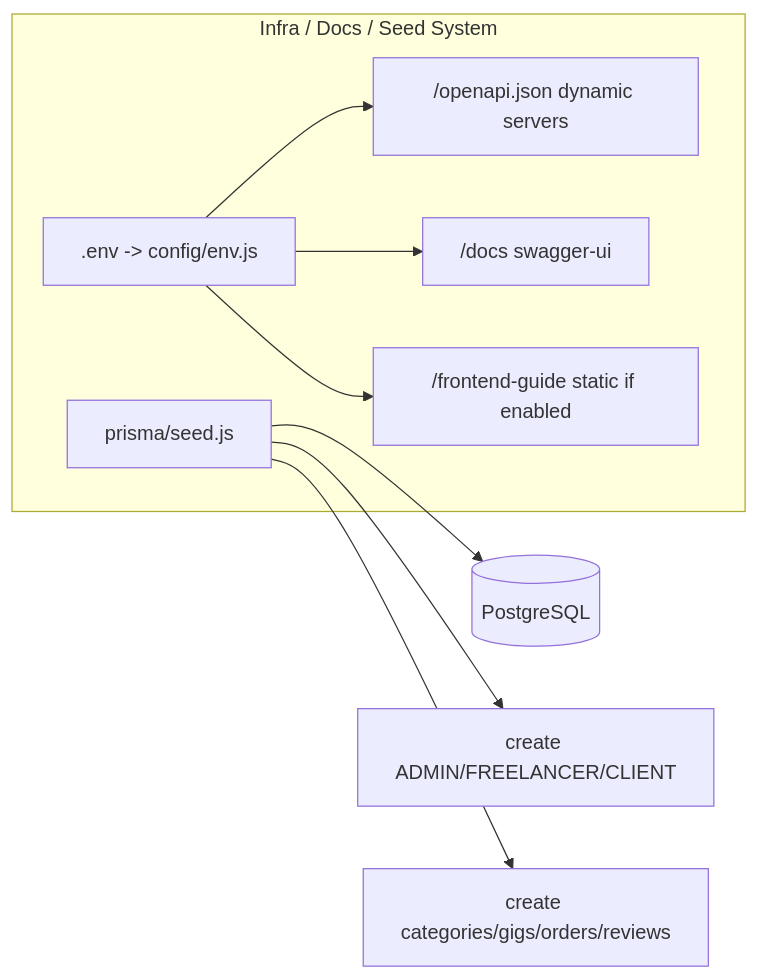
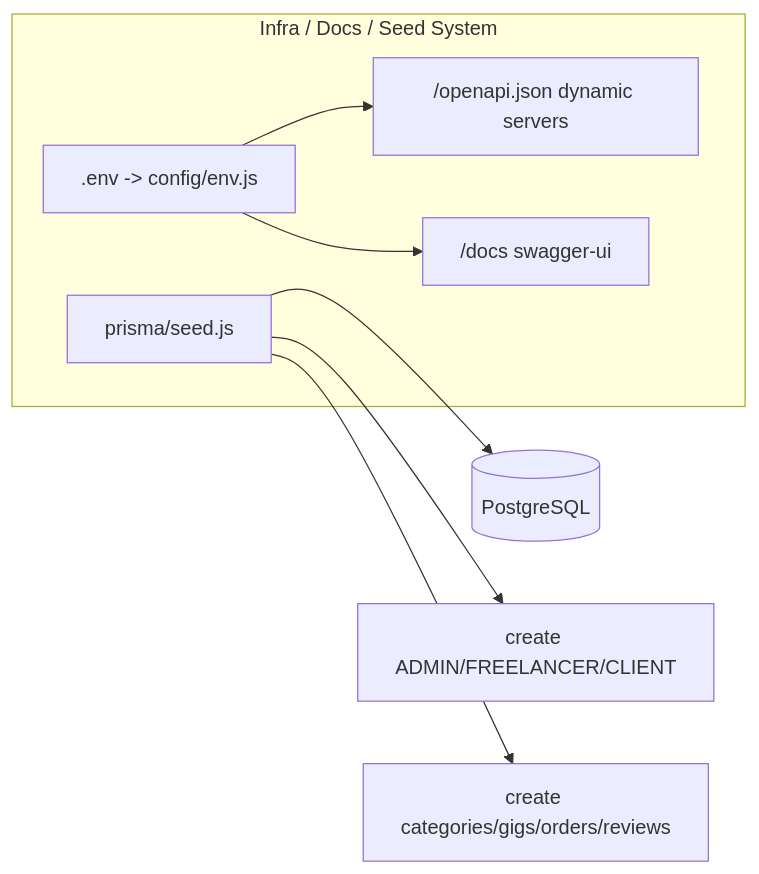
Before and after one commit to zAxn1e/bigwork-backend: the eighth of 8 diagrams in flow.md, drawn with Mermaid. The commit also changed other lines of this file, not shown here.

Commit message:
chore: finalize flow.md

````diff
--- a/flow.md
+++ b/flow.md
@@ -339,17 +339,15 @@
 ```mermaid
 flowchart LR
   subgraph InfraAndDocs["Infra / Docs / Seed System"]
     Env[.env -> config/env.js]
     OpenAPI["/openapi.json dynamic servers"]
     Swagger["/docs swagger-ui"]
-    FrontDocs["/frontend-guide static if enabled"]
     Seed[prisma/seed.js]
   end
 
   Env --> OpenAPI
   Env --> Swagger
-  Env --> FrontDocs
   Seed --> DB[(PostgreSQL)]
   Seed --> UsersSeed[create ADMIN/FREELANCER/CLIENT]
   Seed --> DomainSeed[create categories/gigs/orders/reviews]
 ```
````
